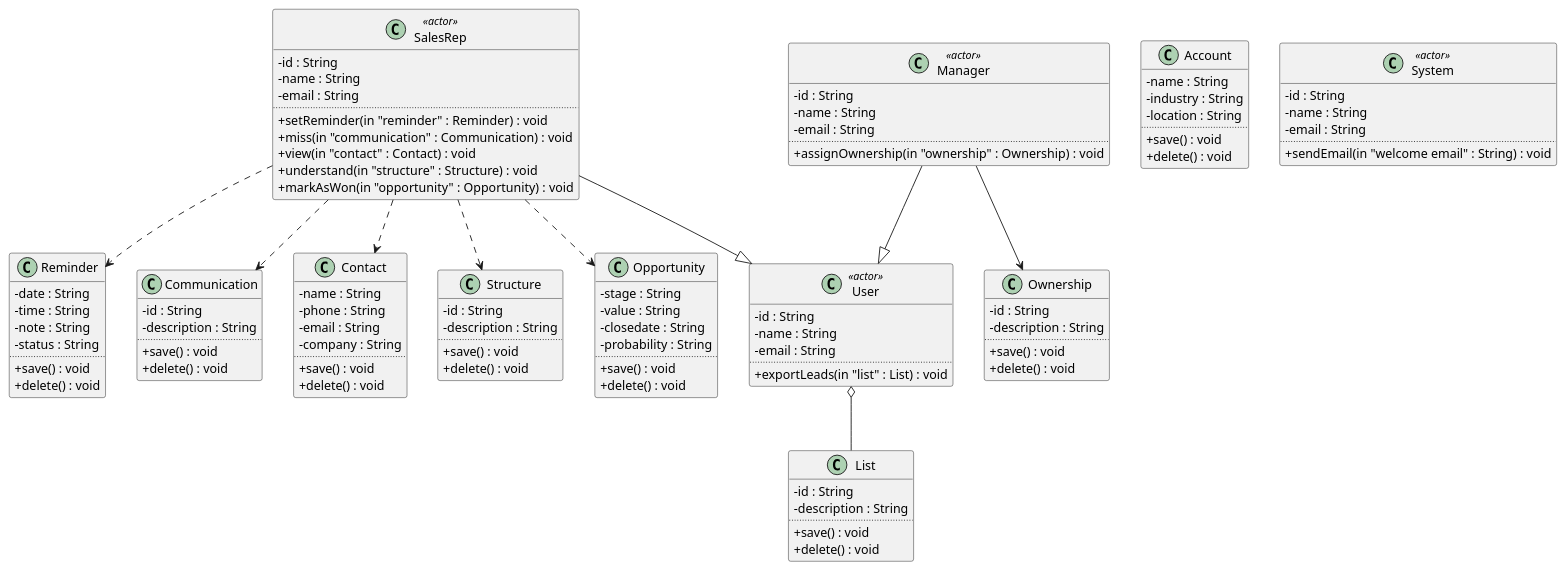
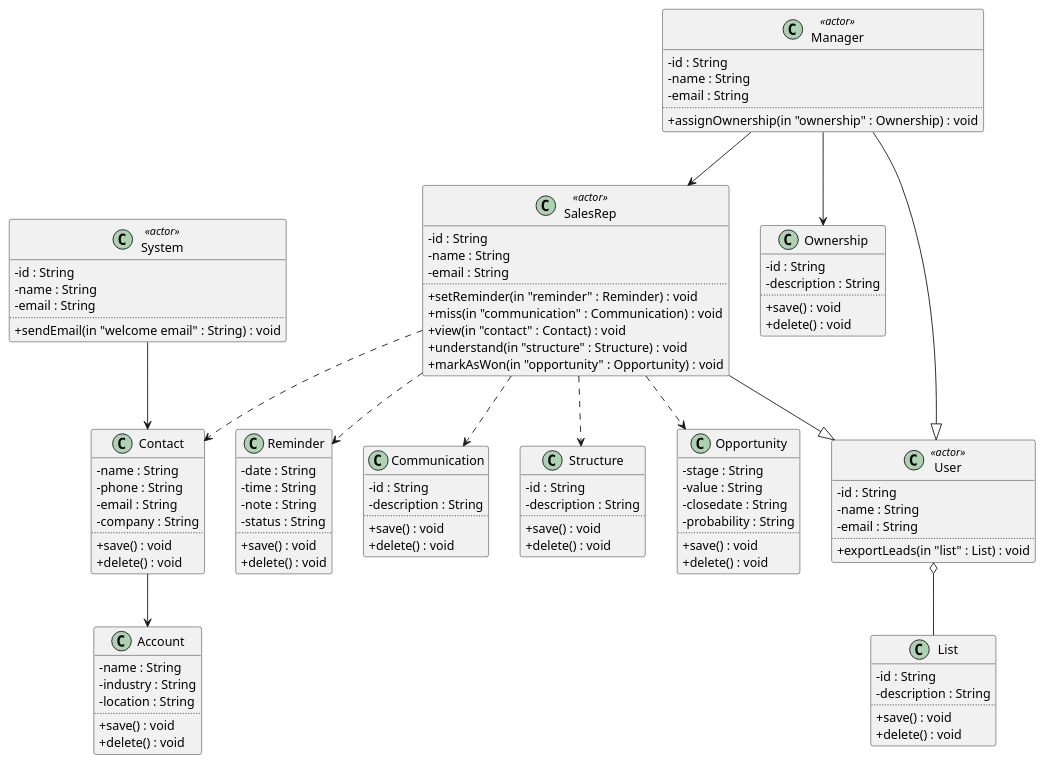
The diagram in user_stories/golden_puml/class_test_CRM_Advanced.puml (qamaruddin-qureshi/fyp-uml-diagram-generator), drawn with PlantUML before and after one commit. The commit also changed 2 other files, not shown here.

```diff
--- a/user_stories/golden_puml/class_test_CRM_Advanced.puml
+++ b/user_stories/golden_puml/class_test_CRM_Advanced.puml
@@ -1,107 +1,110 @@
 @startuml
 skinparam classAttributeIconSize 0
 class "SalesRep" as SalesRep <<actor>> {
   -id : String
   -name : String
   -email : String
   ..
   +setReminder(in "reminder" : Reminder) : void
   +miss(in "communication" : Communication) : void
   +view(in "contact" : Contact) : void
   +understand(in "structure" : Structure) : void
   +markAsWon(in "opportunity" : Opportunity) : void
 }
 class "Reminder" as Reminder  {
   -date : String
   -time : String
   -note : String
   -status : String
   ..
   +save() : void
   +delete() : void
 }
 class "Communication" as Communication  {
   -id : String
   -description : String
   ..
   +save() : void
   +delete() : void
 }
 class "Account" as Account  {
   -name : String
   -industry : String
   -location : String
   ..
   +save() : void
   +delete() : void
 }
 class "Contact" as Contact  {
   -name : String
   -phone : String
   -email : String
   -company : String
   ..
   +save() : void
   +delete() : void
 }
 class "Structure" as Structure  {
   -id : String
   -description : String
   ..
   +save() : void
   +delete() : void
 }
 class "Manager" as Manager <<actor>> {
   -id : String
   -name : String
   -email : String
   ..
   +assignOwnership(in "ownership" : Ownership) : void
 }
 class "Ownership" as Ownership  {
   -id : String
   -description : String
   ..
   +save() : void
   +delete() : void
 }
 class "System" as System <<actor>> {
   -id : String
   -name : String
   -email : String
   ..
   +sendEmail(in "welcome email" : String) : void
 }
 class "Opportunity" as Opportunity  {
   -stage : String
   -value : String
   -closedate : String
   -probability : String
   ..
   +save() : void
   +delete() : void
 }
 class "User" as User <<actor>> {
   -id : String
   -name : String
   -email : String
   ..
   +exportLeads(in "list" : List) : void
 }
 class "List" as List  {
   -id : String
   -description : String
   ..
   +save() : void
   +delete() : void
 }
 SalesRep ..> Reminder
 SalesRep ..> Communication
+Contact --> Account
 SalesRep ..> Contact
 SalesRep ..> Structure
+Manager --> SalesRep
 Manager --> Ownership
+System --> Contact
 SalesRep ..> Opportunity
 User o-- List
 SalesRep --|> User
 Manager --|> User
 @enduml
```
